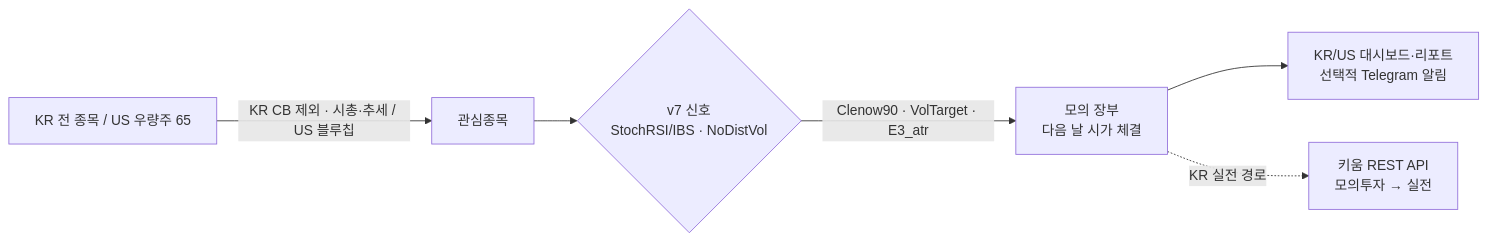
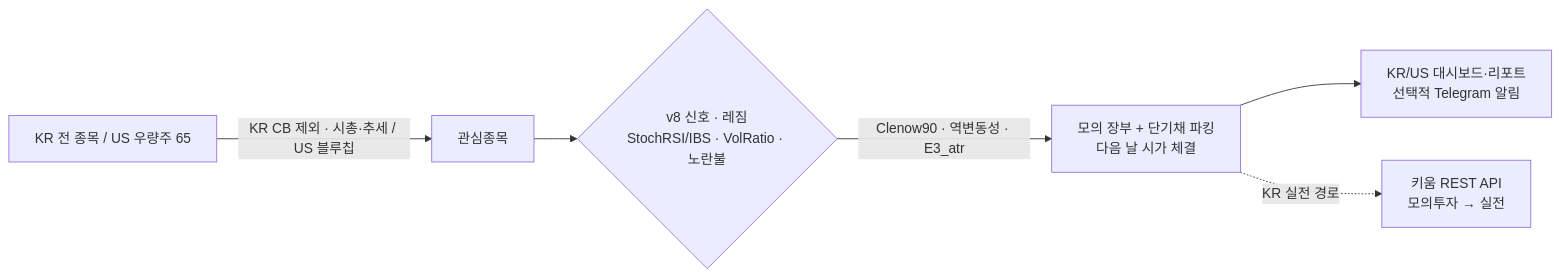
Before and after one commit to Alpha-Crew-Labs/stock-autotrader: the diagram in README.md, drawn with Mermaid. The commit also changed other lines of this file and 19 other files, not shown here.

Commit message:
feat: finalize strategy v8 (VolRatio crash-brake + YellowLight + short-bond cash parking) (#5)

````diff
--- a/README.md
+++ b/README.md
@@ -29,8 +31,8 @@
 ```mermaid
 flowchart LR
     A[KR 전 종목 / US 우량주 65] -->|KR CB 제외 · 시총·추세 / US 블루칩| B[관심종목]
-    B --> C{v7 신호<br/>StochRSI/IBS · NoDistVol}
-    C -->|Clenow90 · VolTarget · E3_atr| D[모의 장부<br/>다음 날 시가 체결]
+    B --> C{v8 신호 · 레짐<br/>StochRSI/IBS · VolRatio · 노란불}
+    C -->|Clenow90 · 역변동성 · E3_atr| D[모의 장부 + 단기채 파킹<br/>다음 날 시가 체결]
     D --> E[KR/US 대시보드·리포트<br/>선택적 Telegram 알림]
     D -.KR 실전 경로.-> F[키움 REST API<br/>모의투자 → 실전]
 ```
````
